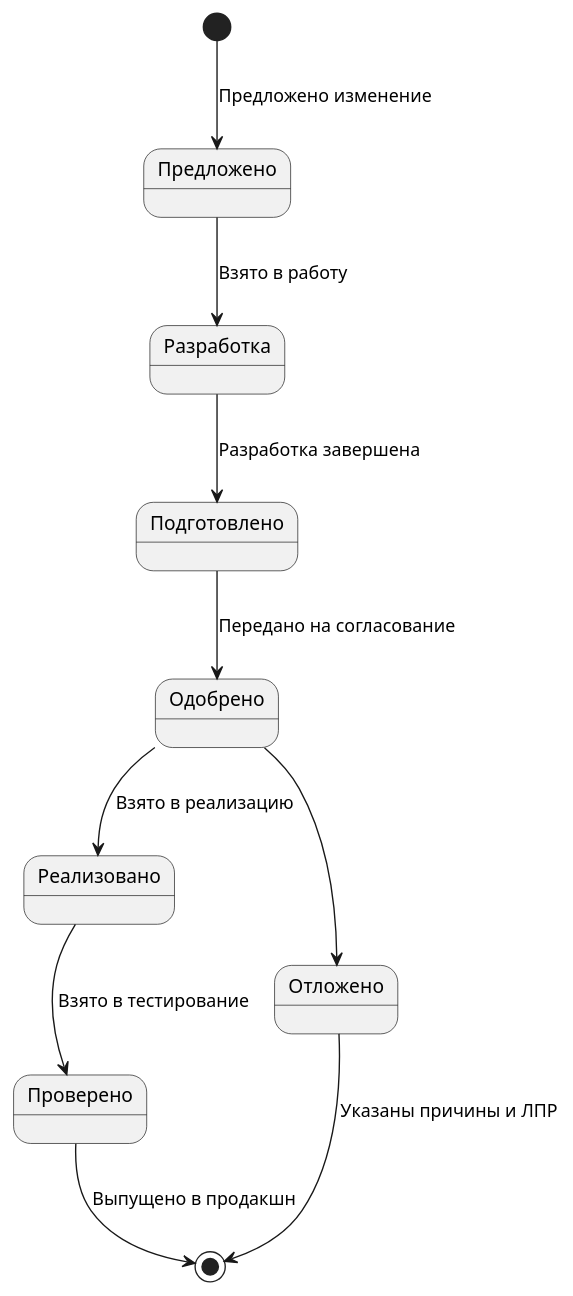
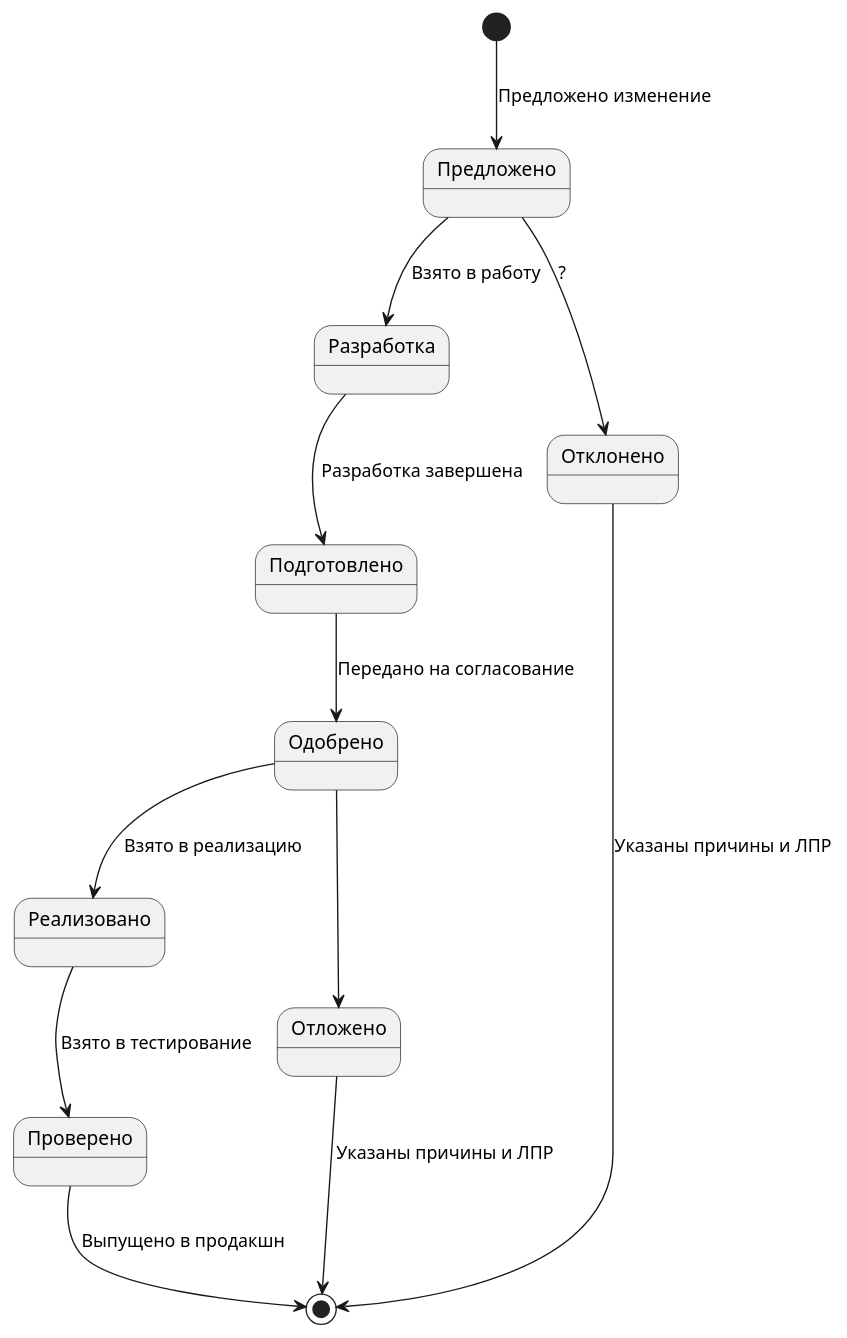
The diagram in Notes/Notes/Системная аналитика/Курсы от нетологии/Раздел 3. Анализ требований/Домашнее задание по согласованию и управлению изменениями требований.md (PopkovAYu/Notes), drawn with PlantUML before and after one commit.

Commit message:
vault backup: 2024-04-24 16:53:28
Affected files:
Notes/Notes/Системная аналитика/Курсы от нетологии/Раздел 3. Анализ требований/Домашнее задание по согласованию и управлению изменениями требований.md

````diff
--- a/Notes/Notes/Системная аналитика/Курсы от нетологии/Раздел 3. Анализ требований/Домашнее задание по согласованию и управлению изменениями требований.md
+++ b/Notes/Notes/Системная аналитика/Курсы от нетологии/Раздел 3. Анализ требований/Домашнее задание по согласованию и управлению изменениями требований.md
@@ -36,13 +36,15 @@
 ```plantuml
 @startuml
 [*] --> Предложено : Предложено изменение
 Предложено --> Разработка : Взято в работу
+Предложено --> Отклонено : ?
+Отклонено --> [*] : Указаны причины и ЛПР
 Разработка --> Подготовлено : Разработка завершена
 Подготовлено --> Одобрено : Передано на согласование
 Одобрено --> Реализовано : Взято в реализацию
 Одобрено --> Отложено
 Отложено --> [*] : Указаны причины и ЛПР
 Реализовано --> Проверено : Взято в тестирование
 Проверено --> [*] : Выпущено в продакшн
 @enduml
 ```
````
